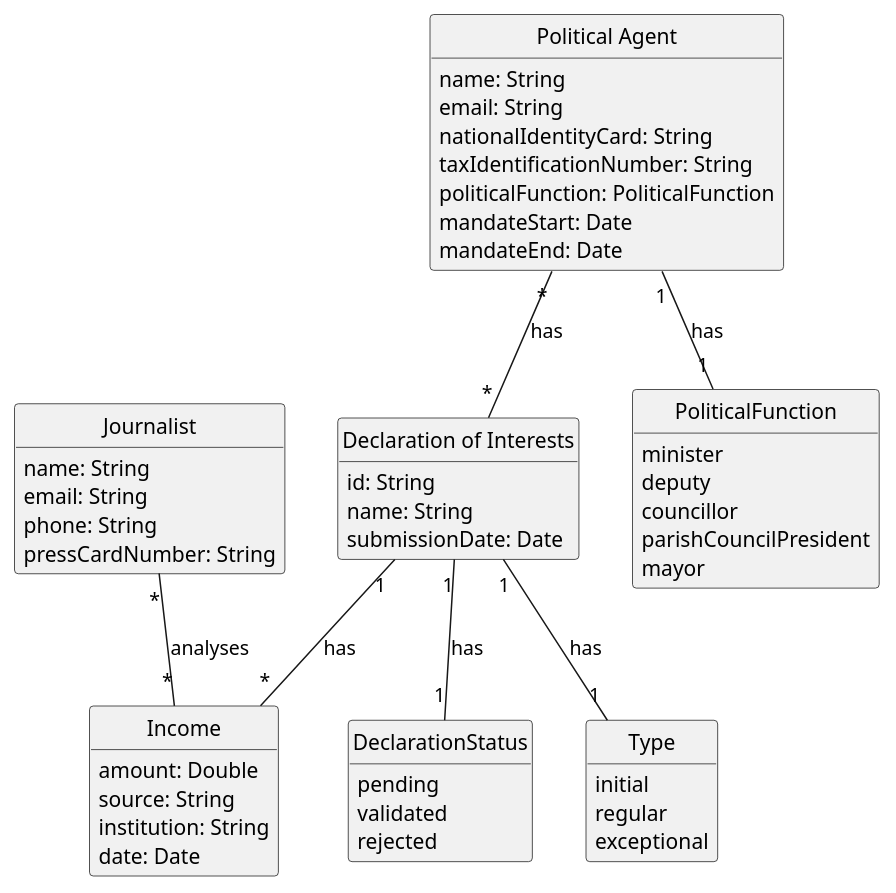
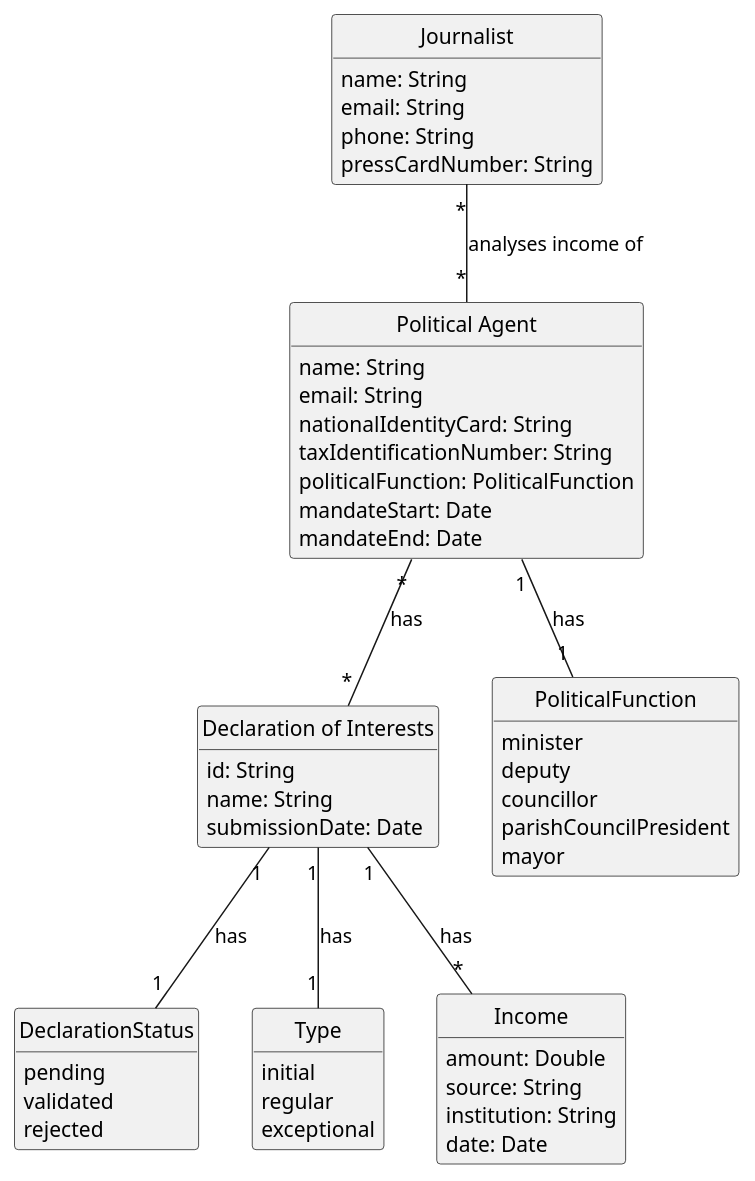
Before and after one commit to brunodspinto/crystal-clear-platform: the diagram in docs/system-documentation/US10/02.analysis/puml/US10-DM.puml, drawn with PlantUML. The commit also changed 1 other file, not shown here.

```diff
--- a/docs/system-documentation/US10/02.analysis/puml/US10-DM.puml
+++ b/docs/system-documentation/US10/02.analysis/puml/US10-DM.puml
@@ -1,70 +1,70 @@
 @startuml US10-DM
 skinparam monochrome true
 skinparam packageStyle rectangle
 skinparam shadowing false
 skinparam classAttributeIconSize 0
 
 hide circle
 hide methods
 
 class Journalist {
     name: String
     email: String
     phone: String
     pressCardNumber: String
 }
 
 class "Political Agent" as PoliticalAgent {
     name: String
     email: String
     nationalIdentityCard: String
     taxIdentificationNumber: String
     politicalFunction: PoliticalFunction
     mandateStart: Date
     mandateEnd: Date
 }
 
 class "Declaration of Interests" as Declaration {
     id: String
     name: String
     submissionDate: Date
 }
 
 enum DeclarationStatus {
     pending
     validated
     rejected
 }
 
 enum Type {
     initial
     regular
     exceptional
 }
 
 enum PoliticalFunction {
     minister
     deputy
     councillor
     parishCouncilPresident
     mayor
 }
 
 class Income {
     amount: Double
     source: String
     institution: String
     date: Date
 }
 
-Journalist "*" -- "*" Income : analyses
+Journalist "*" -- "*" PoliticalAgent : analyses income of
 
 PoliticalAgent "*" -- "*" Declaration : has
 
 PoliticalAgent "1" -- "1" PoliticalFunction : has
 
 Declaration "1" -- "1" Type : has
 Declaration "1" -- "1" DeclarationStatus : has
 Declaration "1" -- "*" Income : has
 
 @enduml
```
